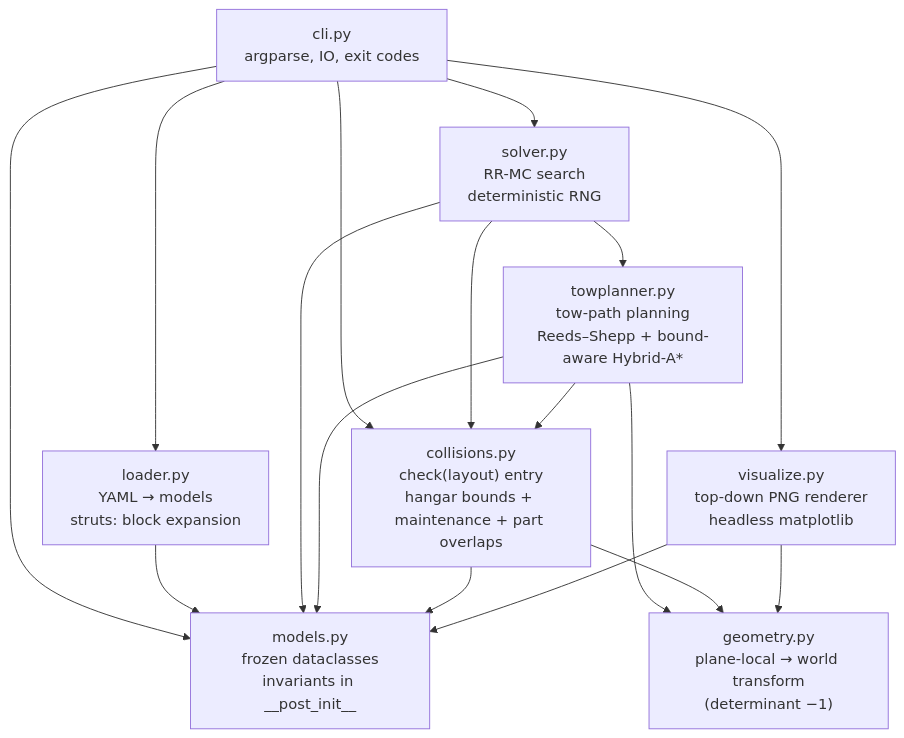
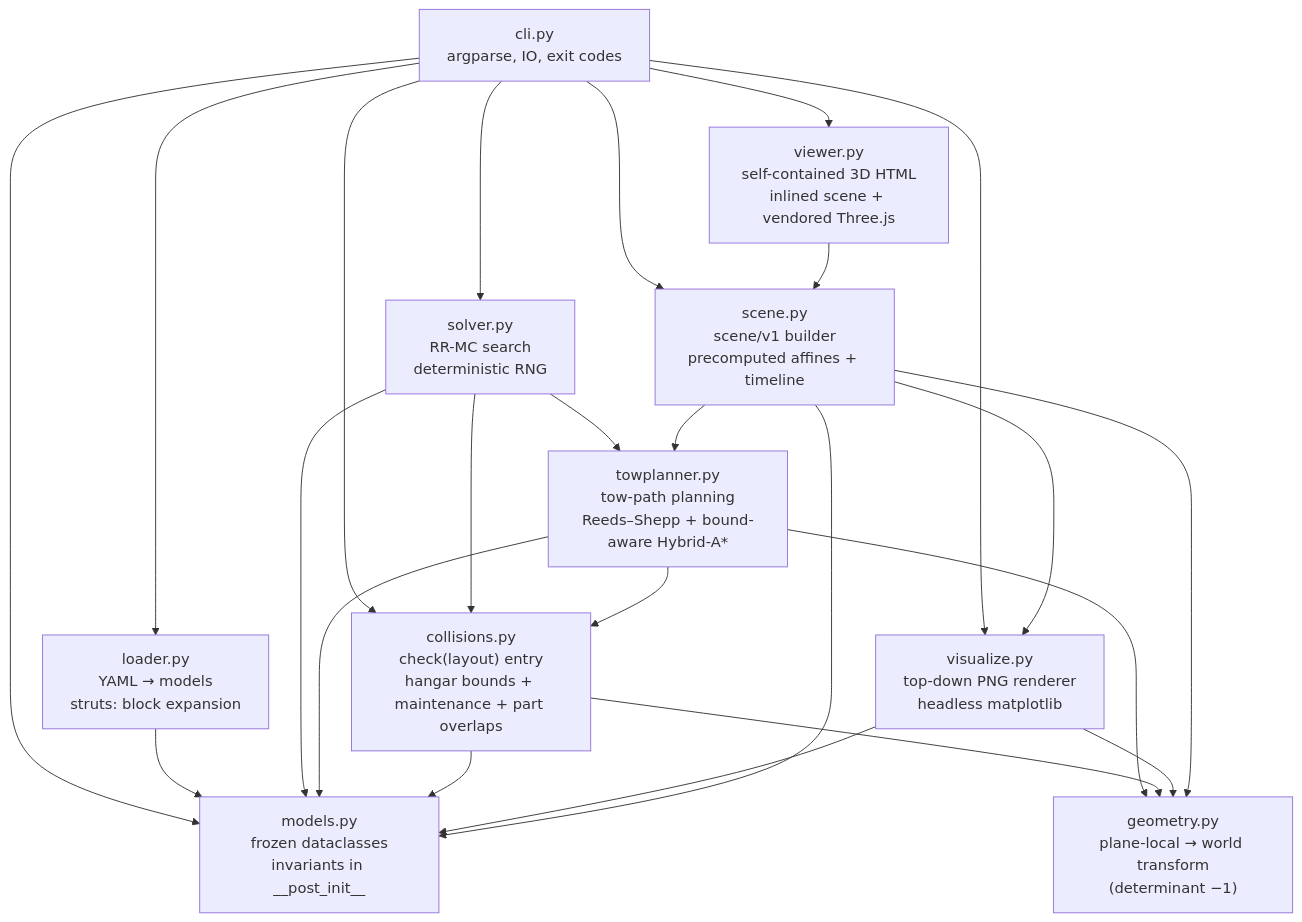
Before and after one commit to DocGerd/hangarfit: the first of 2 diagrams in docs/architecture/05-building-block-view.md, drawn with Mermaid. The commit also changed other lines of this file and 5 other files, not shown here.

First line of the commit message:
docs: ADR-0017 + scene/v1 schema + arc42 §5 + CLAUDE.md + README (#391)

````diff
--- a/docs/architecture/05-building-block-view.md
+++ b/docs/architecture/05-building-block-view.md
@@ -9,33 +9,43 @@
 ```mermaid
 flowchart TD
     cli["cli.py<br/>argparse, IO, exit codes"]
     loader["loader.py<br/>YAML → models<br/>struts: block expansion"]
     models["models.py<br/>frozen dataclasses<br/>invariants in __post_init__"]
     geometry["geometry.py<br/>plane-local → world transform<br/>(determinant −1)"]
     collisions["collisions.py<br/>check(layout) entry<br/>hangar bounds + maintenance + part overlaps"]
     solver["solver.py<br/>RR-MC search<br/>deterministic RNG"]
     towplanner["towplanner.py<br/>tow-path planning<br/>Reeds–Shepp + bound-aware Hybrid-A*"]
     visualize["visualize.py<br/>top-down PNG renderer<br/>headless matplotlib"]
+    scene["scene.py<br/>scene/v1 builder<br/>precomputed affines + timeline"]
+    viewer["viewer.py<br/>self-contained 3D HTML<br/>inlined scene + vendored Three.js"]
 
     cli --> loader
     cli --> collisions
     cli --> solver
     cli --> visualize
+    cli --> scene
+    cli --> viewer
     cli --> models
 
     loader --> models
 
     solver --> collisions
     solver --> models
     solver --> towplanner
 
     towplanner --> collisions
     towplanner --> geometry
     towplanner --> models
 
     collisions --> geometry
     collisions --> models
 
     visualize --> geometry
     visualize --> models
+
+    scene --> geometry
+    scene --> towplanner
+    scene --> visualize
+    scene --> models
+    viewer --> scene
 ```
````
